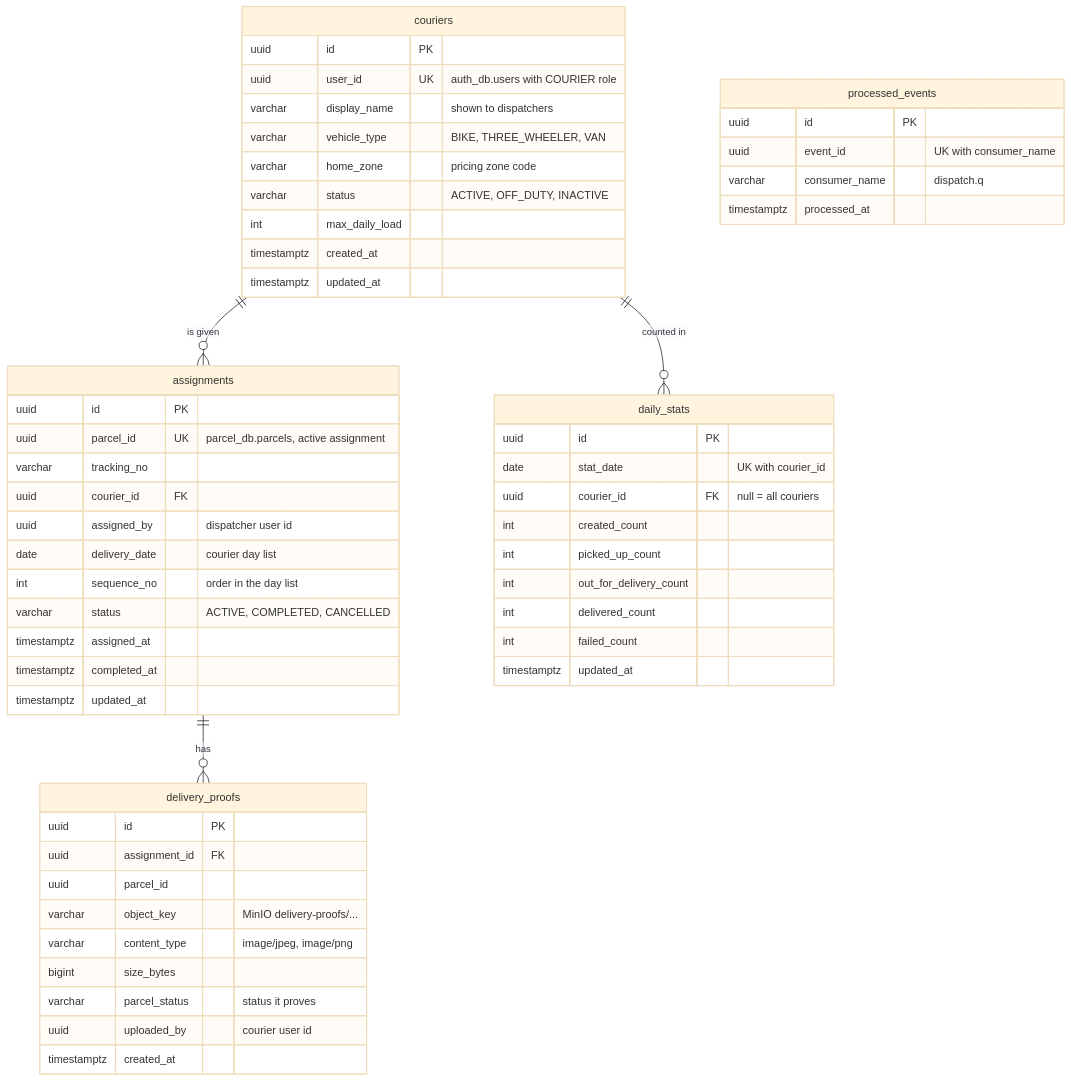
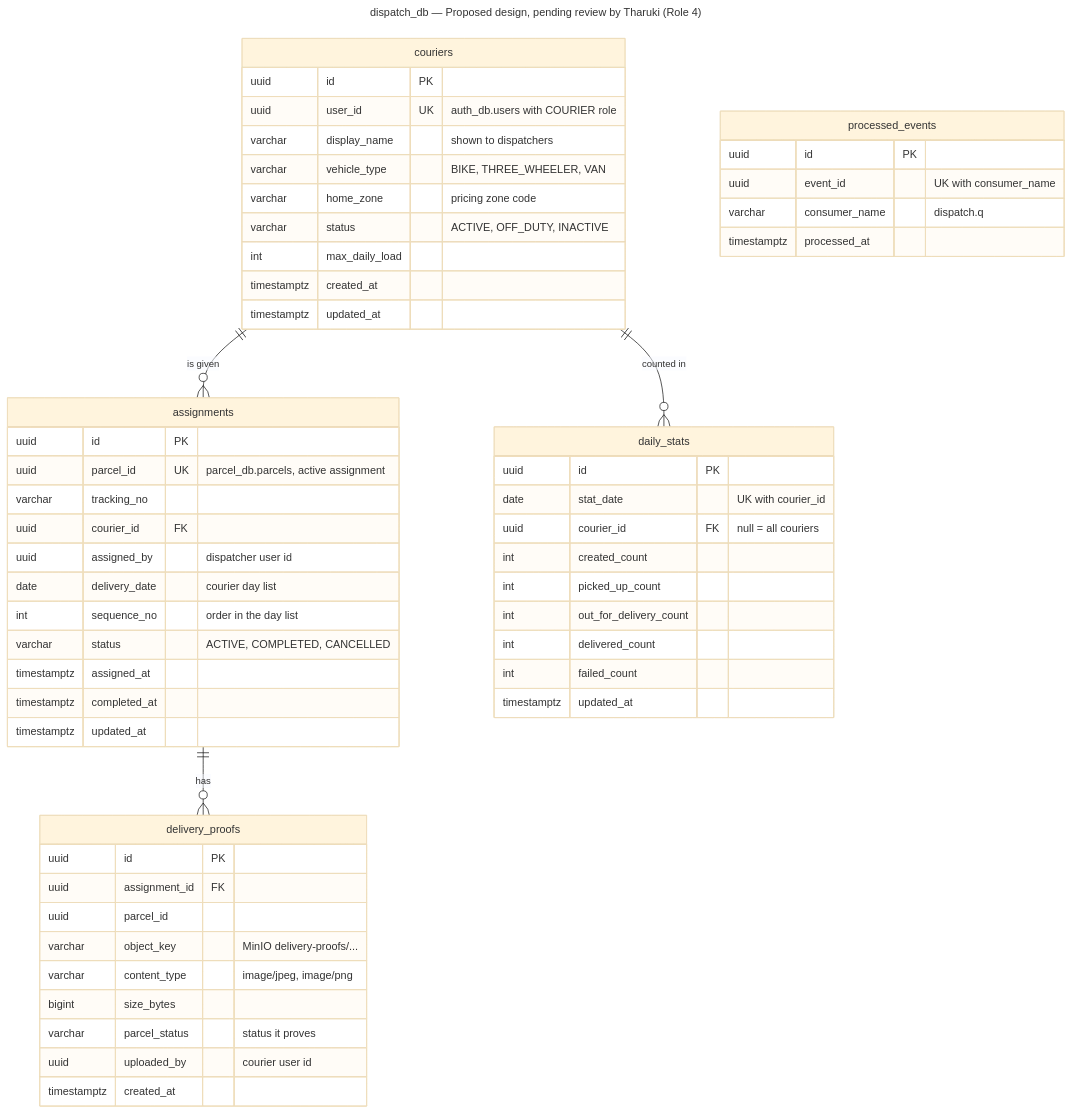
Before and after one commit to Sachintha-dilshan49/SwiftDrop: the diagram in docs/diagrams/er/er-dispatch-db.mmd, drawn with Mermaid (base theme). The commit also changed 15 other files, not shown here.

First line of the commit message:
docs(diagrams): apply team decisions to login, er and guest diagrams

```diff
--- a/docs/diagrams/er/er-dispatch-db.mmd
+++ b/docs/diagrams/er/er-dispatch-db.mmd
@@ -1,60 +1,64 @@
+---
+title: "dispatch_db — Proposed design, pending review by Tharuki (Role 4)"
+---
 %% ER — dispatch-service (dispatch_db) · owner Role 4
-%% Design from docs/architecture.md v1.1 §4 and §10.3 (no migration on dev yet; Role 4 to confirm in V1).
+%% Proposed design – pending review by Tharuki (Role 4). From docs/architecture.md v1.2 §4 and §10.3; no migration on dev yet.
+%% Courier profile data (vehicle, zone) lives here, not in auth_db (team decision, 31 Oct 2026).
 %% user_id, parcel_id and assigned_by are logical references to other databases (no foreign key, ADR-008).
 erDiagram
     couriers ||--o{ assignments : "is given"
     assignments ||--o{ delivery_proofs : "has"
     couriers ||--o{ daily_stats : "counted in"
 
     couriers {
         uuid id PK
         uuid user_id UK "auth_db.users with COURIER role"
         varchar display_name "shown to dispatchers"
         varchar vehicle_type "BIKE, THREE_WHEELER, VAN"
         varchar home_zone "pricing zone code"
         varchar status "ACTIVE, OFF_DUTY, INACTIVE"
         int max_daily_load
         timestamptz created_at
         timestamptz updated_at
     }
     assignments {
         uuid id PK
         uuid parcel_id UK "parcel_db.parcels, active assignment"
         varchar tracking_no
         uuid courier_id FK
         uuid assigned_by "dispatcher user id"
         date delivery_date "courier day list"
         int sequence_no "order in the day list"
         varchar status "ACTIVE, COMPLETED, CANCELLED"
         timestamptz assigned_at
         timestamptz completed_at
         timestamptz updated_at
     }
     delivery_proofs {
         uuid id PK
         uuid assignment_id FK
         uuid parcel_id
         varchar object_key "MinIO delivery-proofs/..."
         varchar content_type "image/jpeg, image/png"
         bigint size_bytes
         varchar parcel_status "status it proves"
         uuid uploaded_by "courier user id"
         timestamptz created_at
     }
     daily_stats {
         uuid id PK
         date stat_date "UK with courier_id"
         uuid courier_id FK "null = all couriers"
         int created_count
         int picked_up_count
         int out_for_delivery_count
         int delivered_count
         int failed_count
         timestamptz updated_at
     }
     processed_events {
         uuid id PK
         uuid event_id "UK with consumer_name"
         varchar consumer_name "dispatch.q"
         timestamptz processed_at
     }
```
